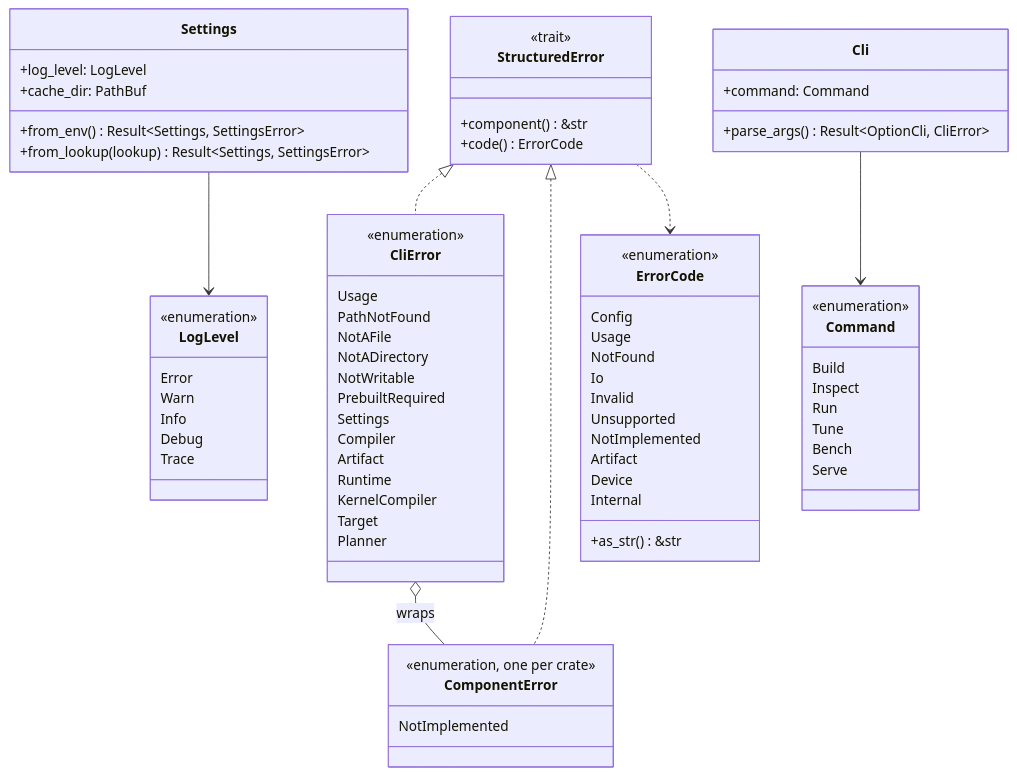
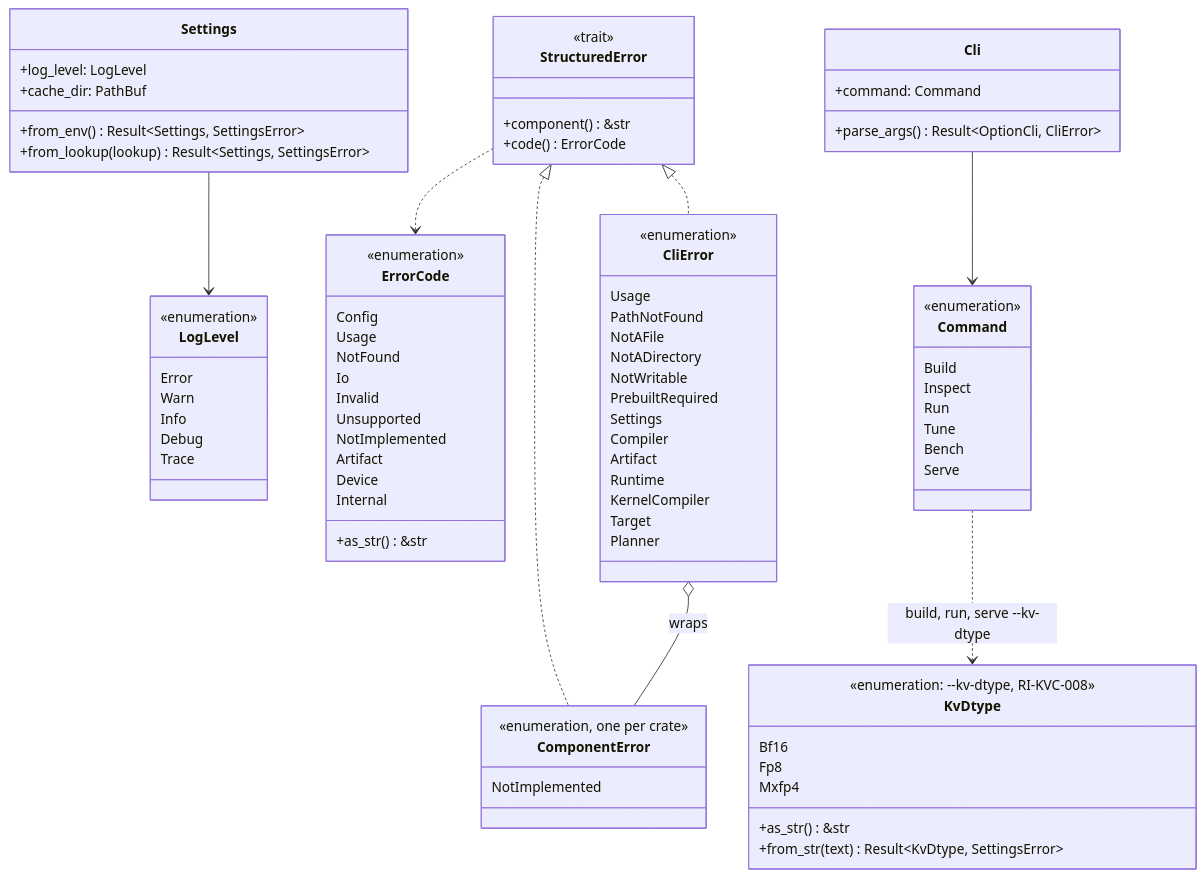
Before and after one commit to itej89/rustinfer-docs: the second of 24 diagrams in content/design-diagrams.md, drawn with Mermaid. The commit also changed other lines of this file and 51 other files, not shown here.

```diff
--- a/content/design-diagrams.md
+++ b/content/design-diagrams.md
@@ -206,7 +206,16 @@
         Bench
         Serve
     }
+    class KvDtype {
+        <<enumeration: --kv-dtype, RI-KVC-008>>
+        Bf16
+        Fp8
+        Mxfp4
+        +as_str() &str
+        +from_str(text) Result~KvDtype, SettingsError~
+    }
     Settings --> LogLevel
+    Command ..> KvDtype : build, run, serve --kv-dtype
     StructuredError <|.. CliError
     StructuredError <|.. ComponentError
     StructuredError ..> ErrorCode
```
